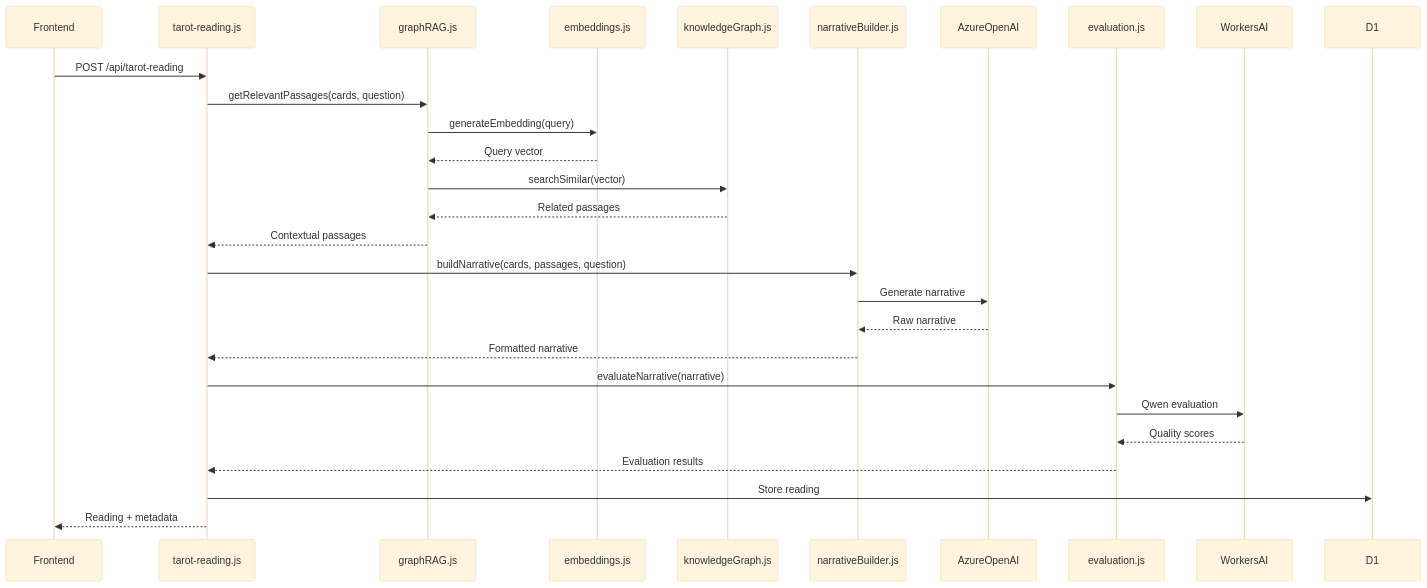
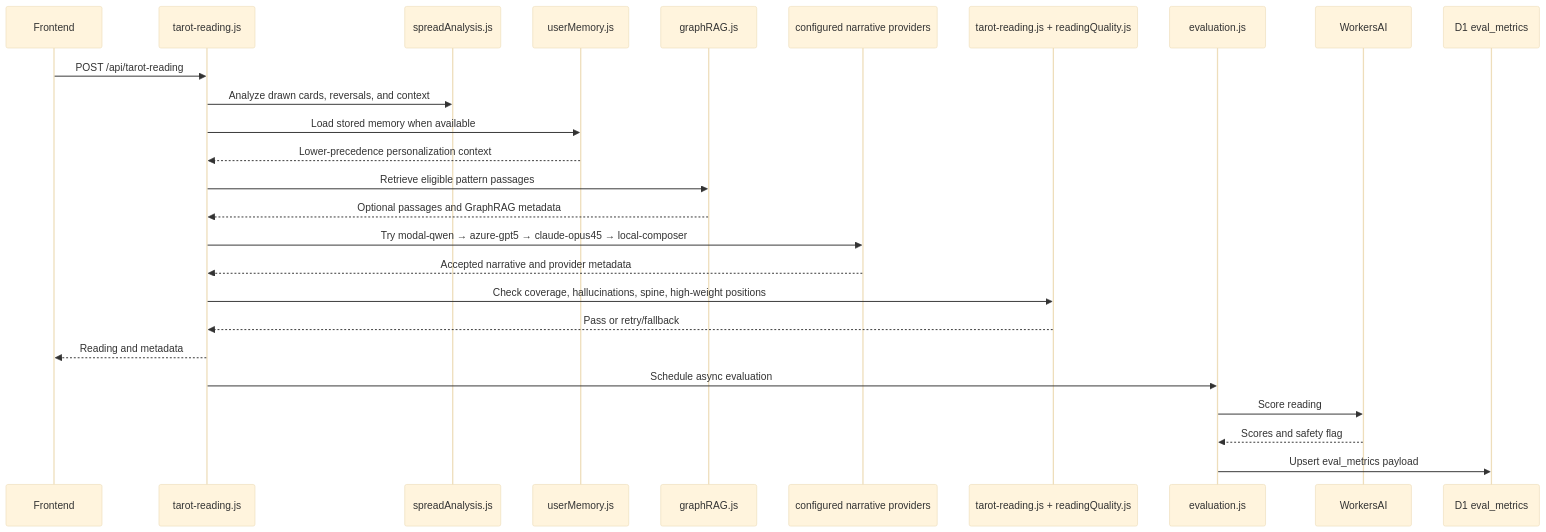
The ninth of 17 diagrams in docs/architecture/full-system-diagrams.md (henryperkins/tarot), drawn with Mermaid (base theme) before and after one commit. The commit also changed other lines of this file and 54 other files, not shown here.

````diff
--- a/docs/architecture/full-system-diagrams.md
+++ b/docs/architecture/full-system-diagrams.md
@@ -493,31 +527,29 @@
 ```mermaid
 sequenceDiagram
     participant Frontend
     participant ReadingAPI as tarot-reading.js
+    participant Analysis as spreadAnalysis.js
+    participant Memory as userMemory.js
     participant GraphRAG as graphRAG.js
-    participant Embeddings as embeddings.js
-    participant KnowledgeGraph as knowledgeGraph.js
-    participant NarrativeBuilder as narrativeBuilder.js
-    participant AzureOpenAI
+    participant Provider as configured narrative providers
+    participant Gate as tarot-reading.js + readingQuality.js
     participant Evaluation as evaluation.js
     participant WorkersAI
-    participant D1
+    participant D1 as D1 eval_metrics
 
     Frontend->>ReadingAPI: POST /api/tarot-reading
-    ReadingAPI->>GraphRAG: getRelevantPassages(cards, question)
-    GraphRAG->>Embeddings: generateEmbedding(query)
-    Embeddings-->>GraphRAG: Query vector
-    GraphRAG->>KnowledgeGraph: searchSimilar(vector)
-    KnowledgeGraph-->>GraphRAG: Related passages
-    GraphRAG-->>ReadingAPI: Contextual passages
-    ReadingAPI->>NarrativeBuilder: buildNarrative(cards, passages, question)
-    NarrativeBuilder->>AzureOpenAI: Generate narrative
-    AzureOpenAI-->>NarrativeBuilder: Raw narrative
-    NarrativeBuilder-->>ReadingAPI: Formatted narrative
-    ReadingAPI->>Evaluation: evaluateNarrative(narrative)
-    Evaluation->>WorkersAI: Qwen evaluation
-    WorkersAI-->>Evaluation: Quality scores
-    Evaluation-->>ReadingAPI: Evaluation results
-    ReadingAPI->>D1: Store reading
-    ReadingAPI-->>Frontend: Reading + metadata
+    ReadingAPI->>Analysis: Analyze drawn cards, reversals, and context
+    ReadingAPI->>Memory: Load stored memory when available
+    Memory-->>ReadingAPI: Lower-precedence personalization context
+    ReadingAPI->>GraphRAG: Retrieve eligible pattern passages
+    GraphRAG-->>ReadingAPI: Optional passages and GraphRAG metadata
+    ReadingAPI->>Provider: Try modal-qwen → azure-gpt5 → claude-opus45 → local-composer
+    Provider-->>ReadingAPI: Accepted narrative and provider metadata
+    ReadingAPI->>Gate: Check coverage, hallucinations, spine, high-weight positions
+    Gate-->>ReadingAPI: Pass or retry/fallback
+    ReadingAPI-->>Frontend: Reading and metadata
+    ReadingAPI->>Evaluation: Schedule async evaluation
+    Evaluation->>WorkersAI: Score reading
+    WorkersAI-->>Evaluation: Scores and safety flag
+    Evaluation->>D1: Upsert eval_metrics payload
 ```
````
